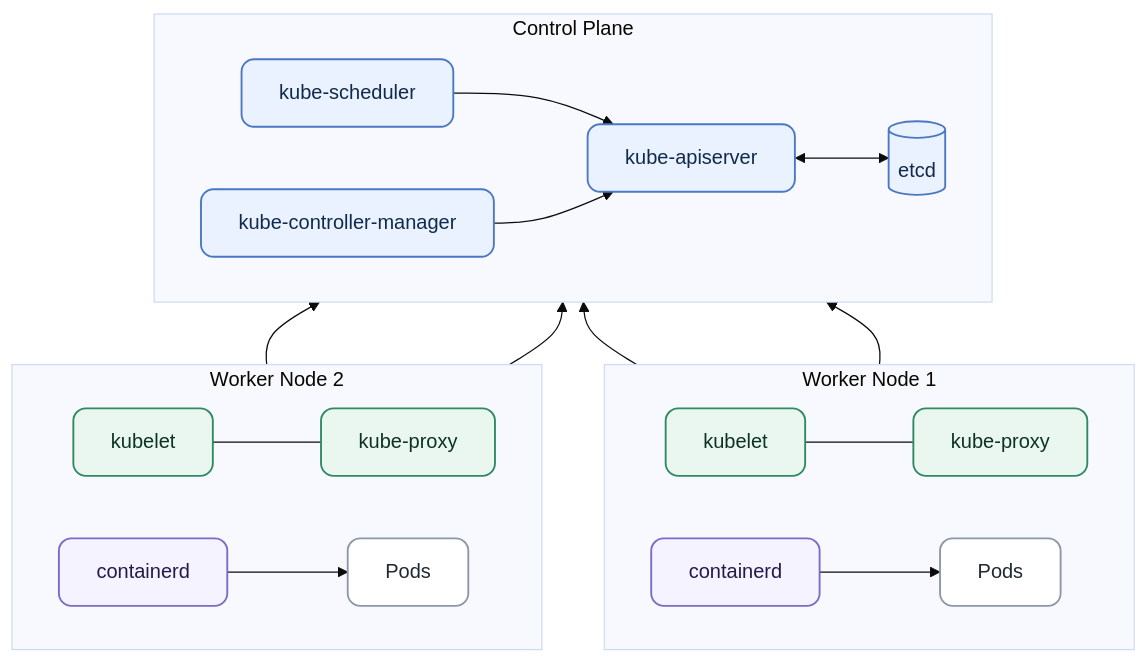
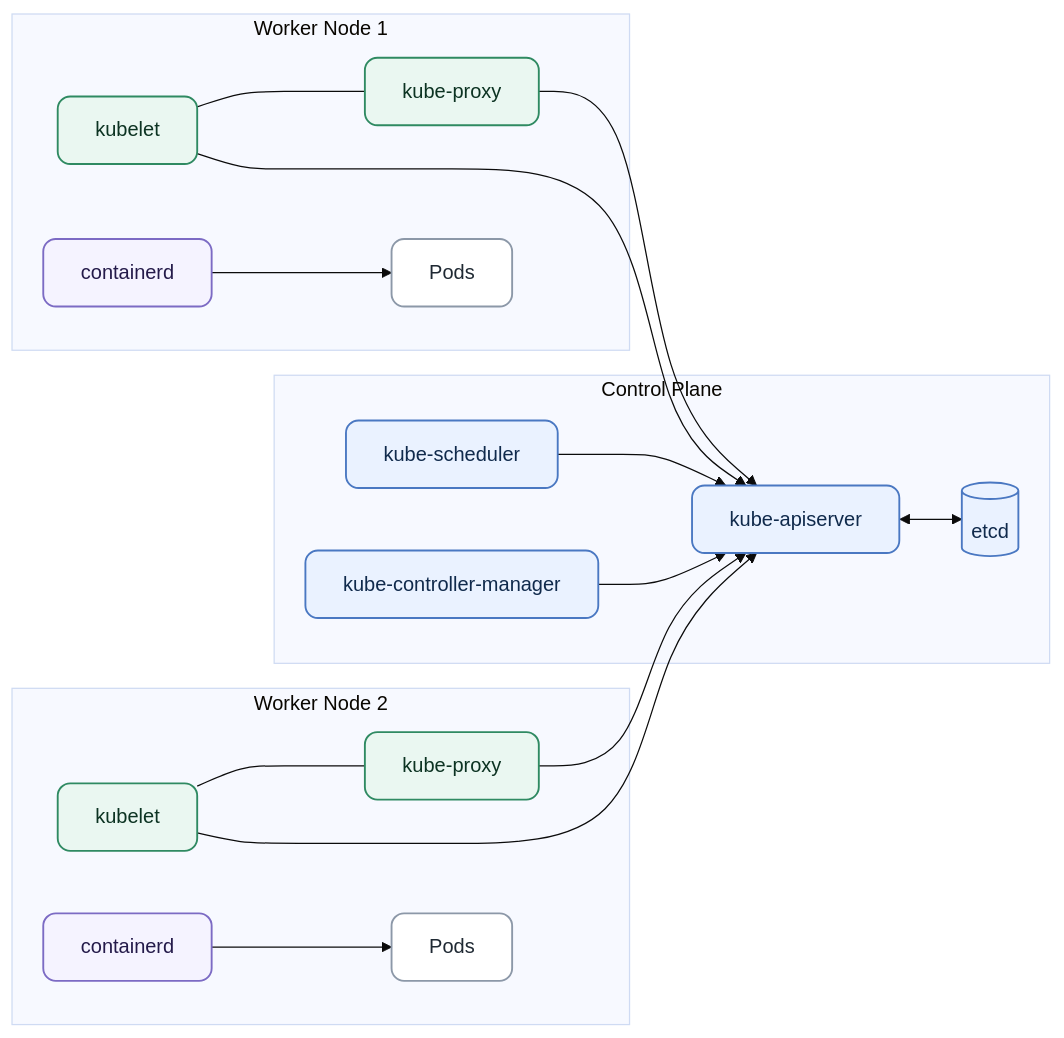
One commit to daidaiJ/mmdx changed the fourth of 6 diagrams in docs/ARCHITECTURE.en.md. Above: the diagram before and after it, drawn with Mermaid (base theme). The commit also changed other lines of this file and 21 other files, not shown here.

````diff
--- a/docs/ARCHITECTURE.en.md
+++ b/docs/ARCHITECTURE.en.md
@@ -118,48 +118,45 @@
 ```mermaid
-flowchart BT
+flowchart LR
     subgraph CP["Control Plane"]
-        direction LR
         API["kube-apiserver"]
         ETCD[("etcd")]
         SCH["kube-scheduler"]
         CM["kube-controller-manager"]
         SCH --> API
         CM --> API
         API <--> ETCD
     end
 
     subgraph W1["Worker Node 1"]
-        direction LR
         K1["kubelet"]
         PX1["kube-proxy"]
         R1["containerd"]
         POD1["Pods"]
         K1 --- PX1
         R1 --> POD1
     end
 
     subgraph W2["Worker Node 2"]
-        direction LR
         K2["kubelet"]
         PX2["kube-proxy"]
         R2["containerd"]
         POD2["Pods"]
         K2 --- PX2
         R2 --> POD2
     end
 
     K1 --> API
     K2 --> API
     PX1 --> API
     PX2 --> API
 
     classDef cp fill:#EAF2FF,stroke:#4A78C2,color:#102A4C,rx:10px,ry:10px,stroke-width:1.5px
     classDef node fill:#EAF7F1,stroke:#2F8A62,color:#0C3322,rx:10px,ry:10px,stroke-width:1.5px
     classDef runtime fill:#F5F3FF,stroke:#7C6BC4,color:#241A4A,rx:10px,ry:10px,stroke-width:1.5px
     classDef work fill:#FFFFFF,stroke:#8C98A8,color:#1F2933,rx:10px,ry:10px,stroke-width:1.5px
 
     class API,ETCD,SCH,CM cp
     class K1,K2,PX1,PX2 node
     class R1,R2 runtime
     class POD1,POD2 work
 ```
````
